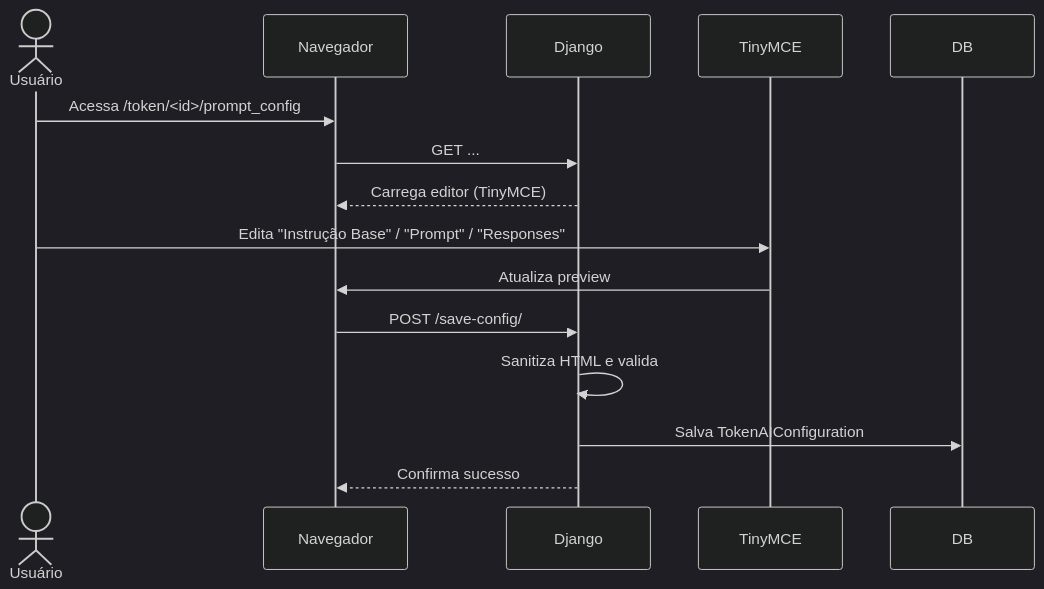
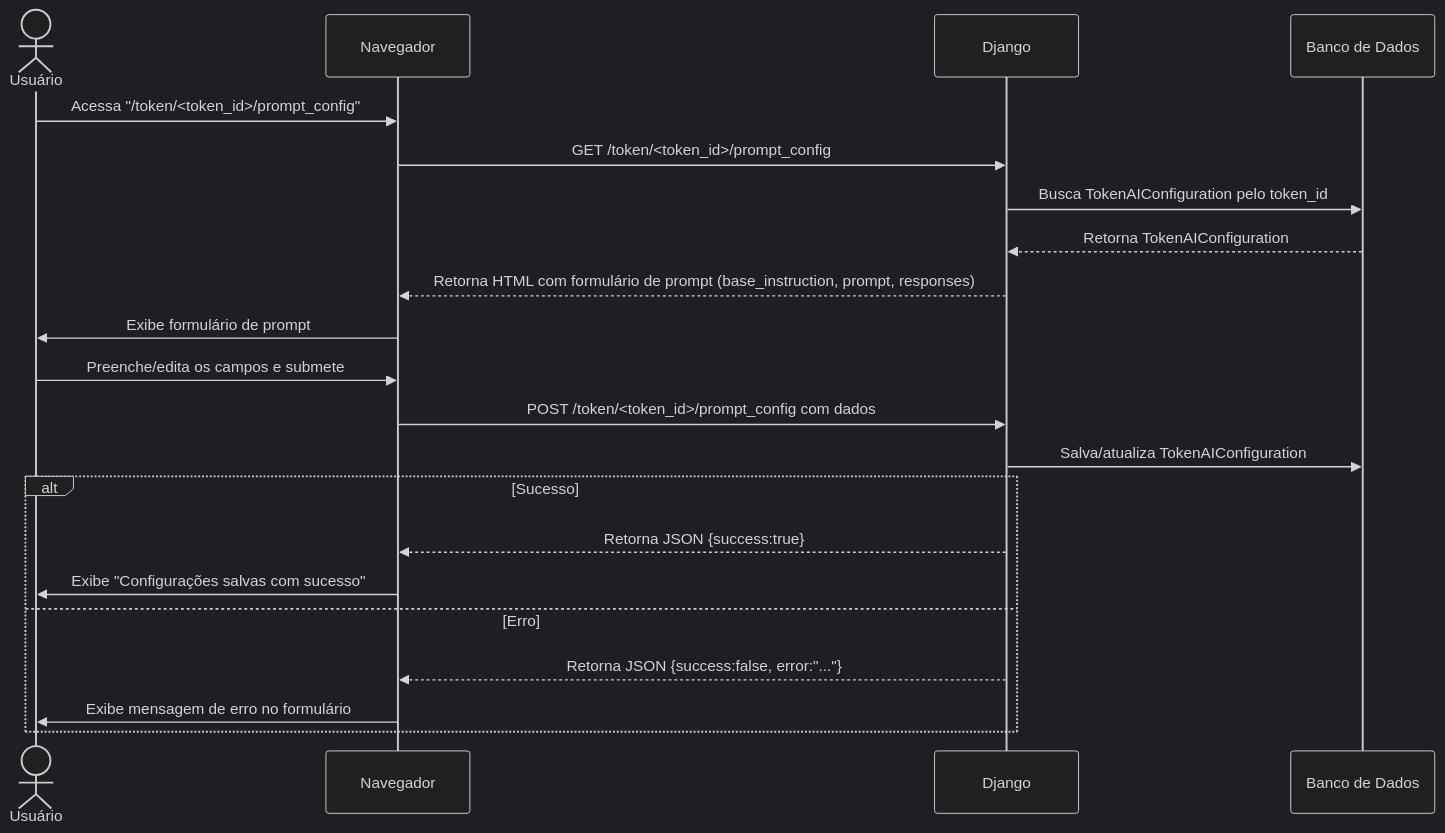
Before and after one commit to diegogrosmann/EnsinaNet.AI: the ninth of 26 diagrams in README.md, drawn with Mermaid (dark theme). The commit also changed other lines of this file and 117 other files, not shown here.

Commit message:
Adiciona novo aplicativo 'client_version' com modelos, URLs e configurações; remove arquivos de teste e atualiza configurações do projeto.

````diff
--- a/README.md
+++ b/README.md
@@ -727,18 +761,24 @@
 ```mermaid
 sequenceDiagram
     actor U as Usuário
     participant N as Navegador
     participant D as Django
-    participant T as TinyMCE
+    participant DB as Banco de Dados
 
-    U->>N: Acessa /token/<id>/prompt_config
-    N->>D: GET ...
-    D-->>N: Carrega editor (TinyMCE)
-
-    U->>T: Edita "Instrução Base" / "Prompt" / "Responses"
-    T->>N: Atualiza preview
-    N->>D: POST /save-config/
-    D->>D: Sanitiza HTML e valida
-    D->>DB: Salva TokenAIConfiguration
-    D-->>N: Confirma sucesso
+    U->>N: Acessa "/token/<token_id>/prompt_config"
+    N->>D: GET /token/<token_id>/prompt_config
+    D->>DB: Busca TokenAIConfiguration pelo token_id
+    DB-->>D: Retorna TokenAIConfiguration
+    D-->>N: Retorna HTML com formulário de prompt (base_instruction, prompt, responses)
+    N->>U: Exibe formulário de prompt
+    U->>N: Preenche/edita os campos e submete
+    N->>D: POST /token/<token_id>/prompt_config com dados
+    D->>DB: Salva/atualiza TokenAIConfiguration
+    alt Sucesso
+        D-->>N: Retorna JSON {success:true}
+        N->>U: Exibe "Configurações salvas com sucesso"
+    else Erro
+        D-->>N: Retorna JSON {success:false, error:"..."}
+        N->>U: Exibe mensagem de erro no formulário
+    end
 ```
````
